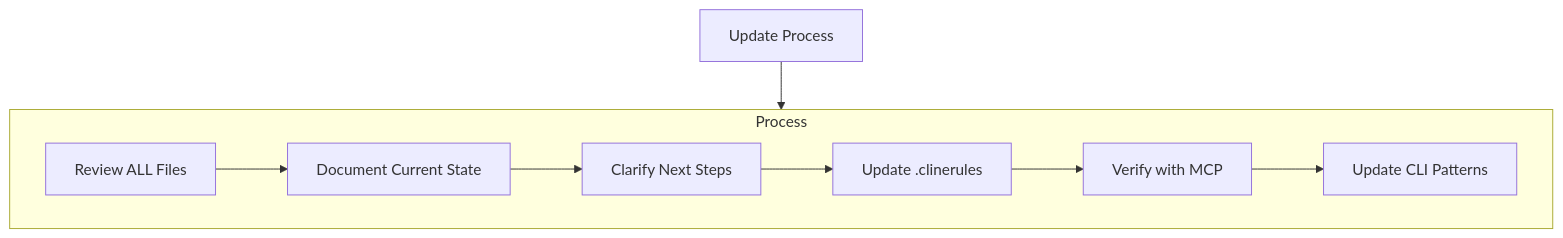
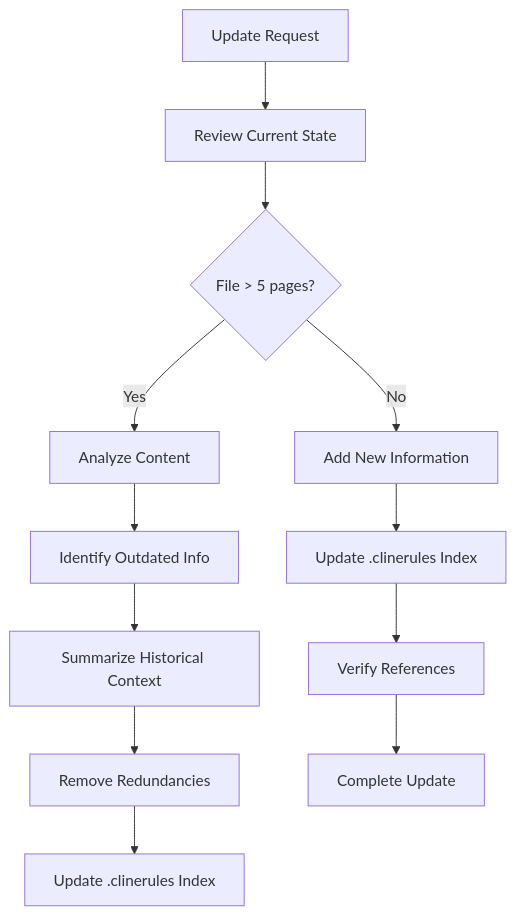
The third of 4 diagrams in .clinecustominstructions.md (NoodleSeed-com/noodle-projects), drawn with Mermaid before and after one commit. The commit also changed other lines of this file and 26 other files, not shown here.

````diff
--- a/.clinecustominstructions.md
+++ b/.clinecustominstructions.md
@@ -277,17 +305,17 @@
 ```mermaid
 flowchart TD
-    Start[Update Process]
+    Start[Update Request] --> Review[Review Current State]
+    Review --> Size{File > 5 pages?}
     
-    subgraph Process
-        P1[Review ALL Files]
-        P2[Document Current State]
-        P3[Clarify Next Steps]
-        P4[Update .clinerules]
-        P5[Verify with MCP]
-        P6[Update CLI Patterns]
-        
-        P1 --> P2 --> P3 --> P4 --> P5 --> P6
-    end
+    Size -->|No| Add[Add New Information]
+    Size -->|Yes| Analyze[Analyze Content]
     
-    Start --> Process
+    Analyze --> Outdated[Identify Outdated Info]
+    Outdated --> Summarize[Summarize Historical Context]
+    Summarize --> Remove[Remove Redundancies]
+    Remove --> Update[Update .clinerules Index]
+    
+    Add --> Index[Update .clinerules Index]
+    Index --> Verify[Verify References]
+    Verify --> Complete[Complete Update]
 ```
````
